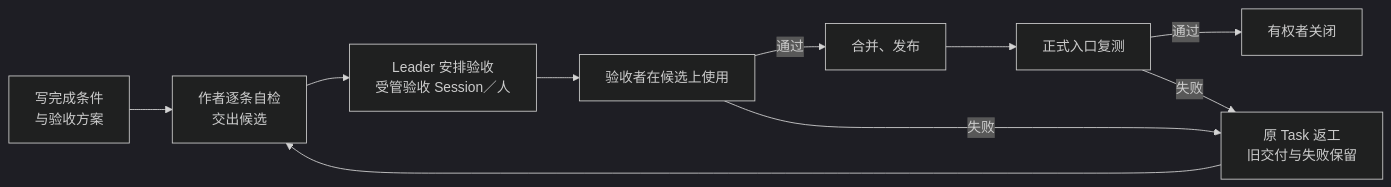
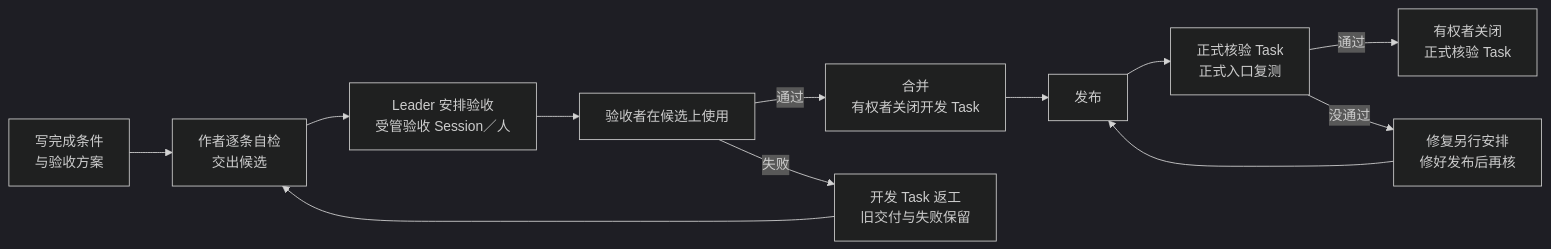
One commit to cyl19970726/evoLoop changed the third of 3 diagrams in docs/product/tasks-and-documents.md. Above: the diagram before and after it, drawn with Mermaid (dark theme). The commit also changed other lines of this file and 5 other files, not shown here.

````diff
--- a/docs/product/tasks-and-documents.md
+++ b/docs/product/tasks-and-documents.md
@@ -77,12 +77,14 @@
 ```mermaid
 flowchart LR
   W["写完成条件<br/>与验收方案"] --> C["作者逐条自检<br/>交出候选"]
   C --> A["Leader 安排验收<br/>受管验收 Session／人"]
   A --> U["验收者在候选上使用"]
-  U -->|通过| R["合并、发布"]
-  R --> F["正式入口复测"]
-  F -->|通过| D["有权者关闭"]
-  U -->|失败| B["原 Task 返工<br/>旧交付与失败保留"]
-  F -->|失败| B
+  U -->|通过| R["合并<br/>有权者关闭开发 Task"]
+  R --> P["发布"]
+  P --> F["正式核验 Task<br/>正式入口复测"]
+  F -->|通过| D["有权者关闭<br/>正式核验 Task"]
+  U -->|失败| B["开发 Task 返工<br/>旧交付与失败保留"]
   B --> C
+  F -->|没通过| X["修复另行安排<br/>修好发布后再核"]
+  X --> P
 ```
````
